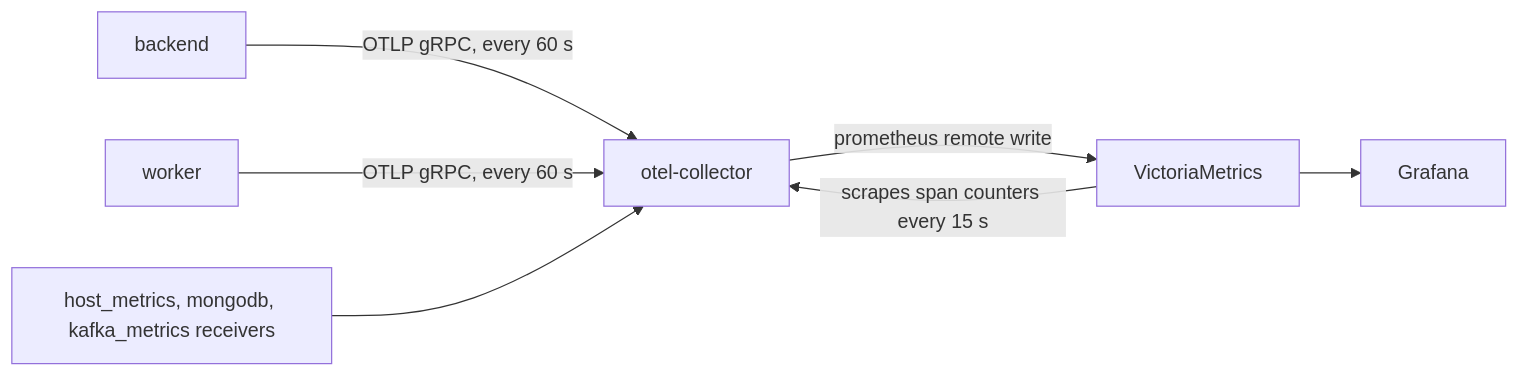
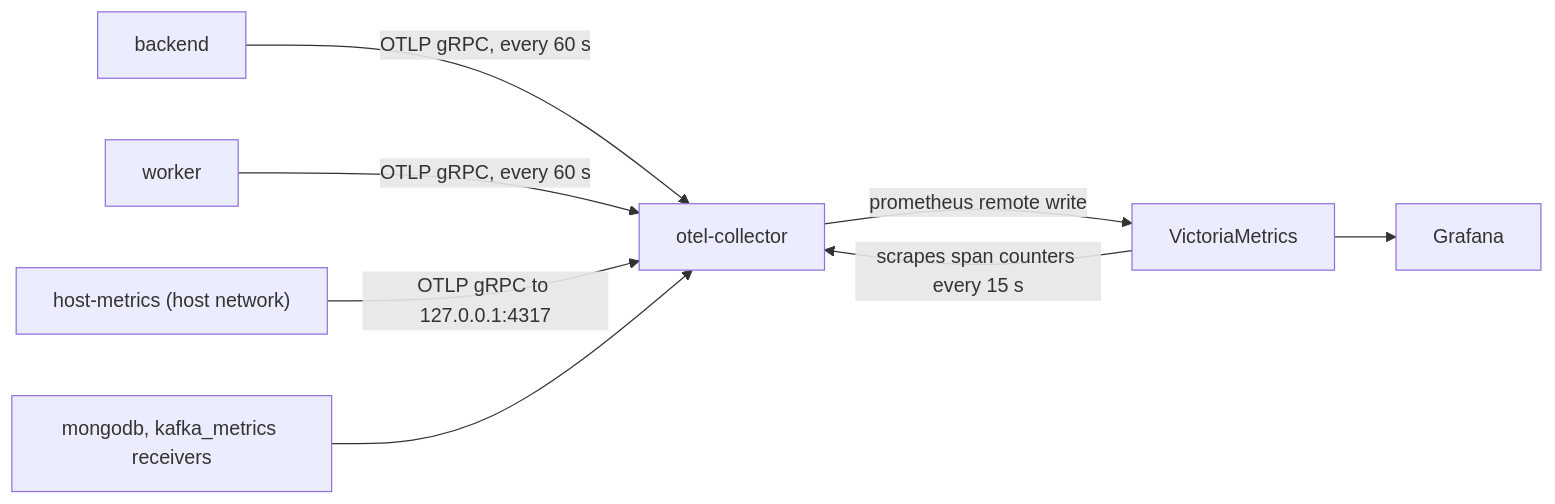
The diagram in docs/operations/metrics-reference.md (HardMax71/Integr8sCode), drawn with Mermaid before and after one commit. The commit also changed other lines of this file and 9 other files, not shown here.

Commit message:
fix: host metrics come from a collector in the host's network, so network traffic is the host's (#447)

````diff
--- a/docs/operations/metrics-reference.md
+++ b/docs/operations/metrics-reference.md
@@ -7,9 +7,10 @@
 ```mermaid
 flowchart LR
     API["backend"] -->|"OTLP gRPC, every 60 s"| Collector["otel-collector"]
     Worker["worker"] -->|"OTLP gRPC, every 60 s"| Collector
-    Receivers["host_metrics, mongodb, kafka_metrics receivers"] --> Collector
+    Host["host-metrics (host network)"] -->|"OTLP gRPC to 127.0.0.1:4317"| Collector
+    Receivers["mongodb, kafka_metrics receivers"] --> Collector
     Collector -->|"prometheus remote write"| VM["VictoriaMetrics"]
     VM -->|"scrapes span counters every 15 s"| Collector
     VM --> Grafana
 ```
````
